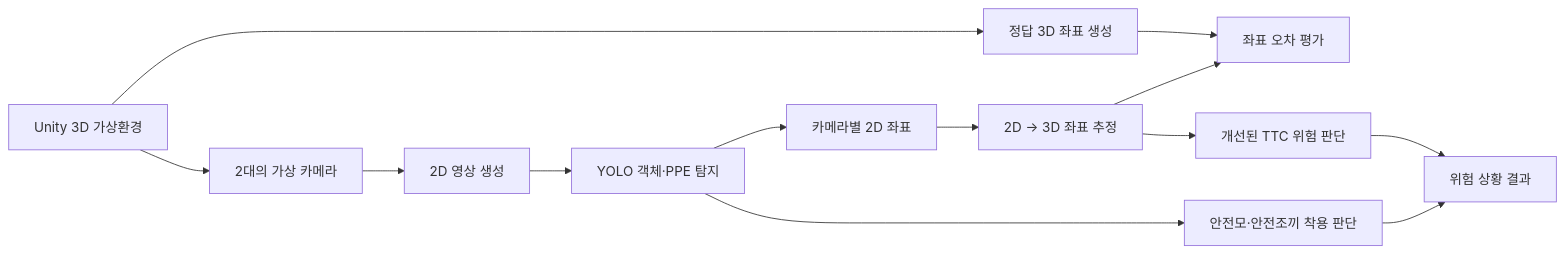
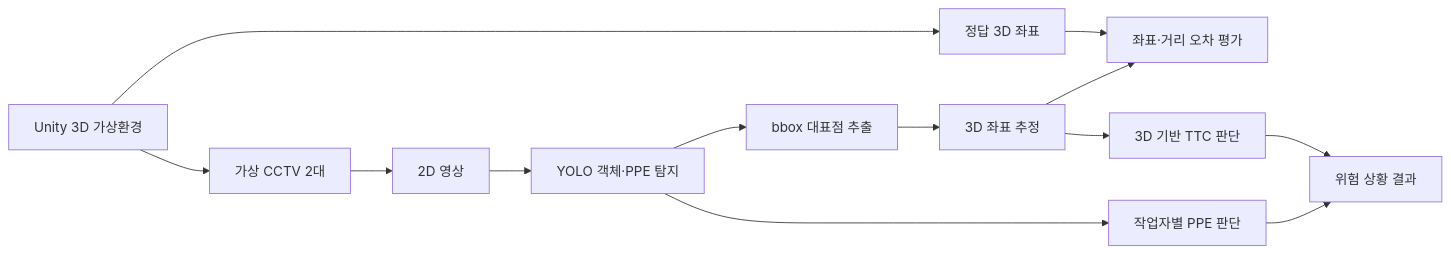
The diagram in README.md (geunchanKim/Comprehensive-Design-Project2-CCTV-Safety), drawn with Mermaid before and after one commit. The commit also changed other lines of this file, not shown here.

````diff
--- a/README.md
+++ b/README.md
@@ -72,15 +55,15 @@
 ```mermaid
 flowchart LR
-    A[Unity 3D 가상환경] --> B[2대의 가상 카메라]
-    B --> C[2D 영상 생성]
-    A --> D[정답 3D 좌표 생성]
-    C --> E[YOLO 객체·PPE 탐지]
-    E --> F[카메라별 2D 좌표]
-    F --> G[2D → 3D 좌표 추정]
-    D --> H[좌표 오차 평가]
+    A[Unity 3D 가상환경] --> B[가상 CCTV 2대]
+    A --> C[정답 3D 좌표]
+    B --> D[2D 영상]
+    D --> E[YOLO 객체·PPE 탐지]
+    E --> F[bbox 대표점 추출]
+    F --> G[3D 좌표 추정]
+    C --> H[좌표·거리 오차 평가]
     G --> H
-    G --> I[개선된 TTC 위험 판단]
-    E --> J[안전모·안전조끼 착용 판단]
+    G --> I[3D 기반 TTC 판단]
+    E --> J[작업자별 PPE 판단]
     I --> K[위험 상황 결과]
     J --> K
 ```
````
